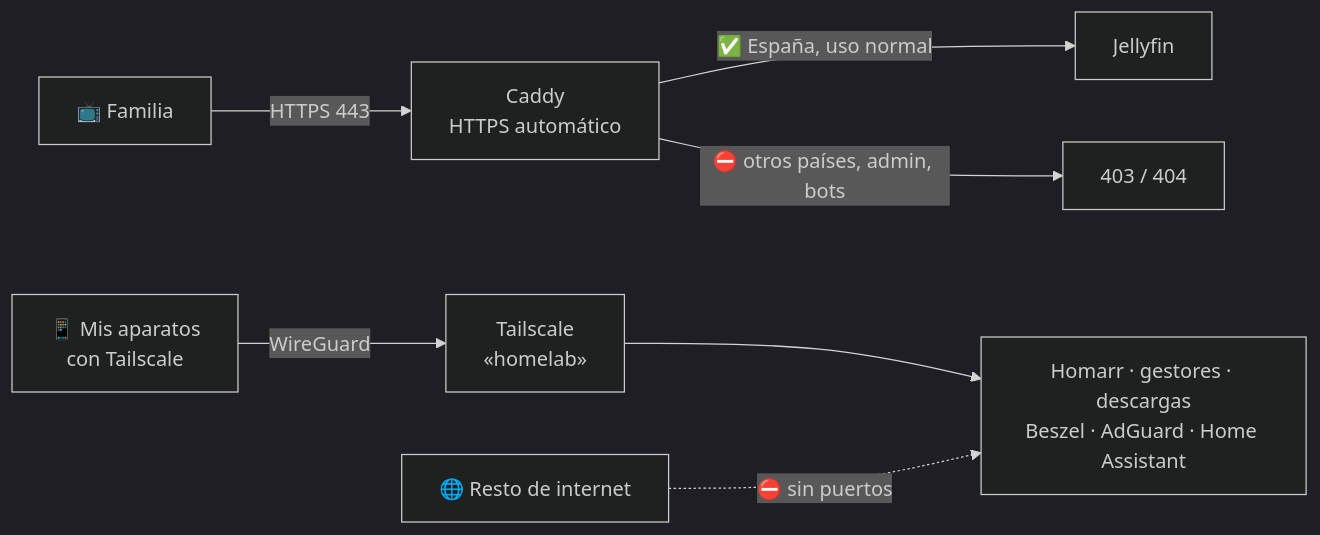
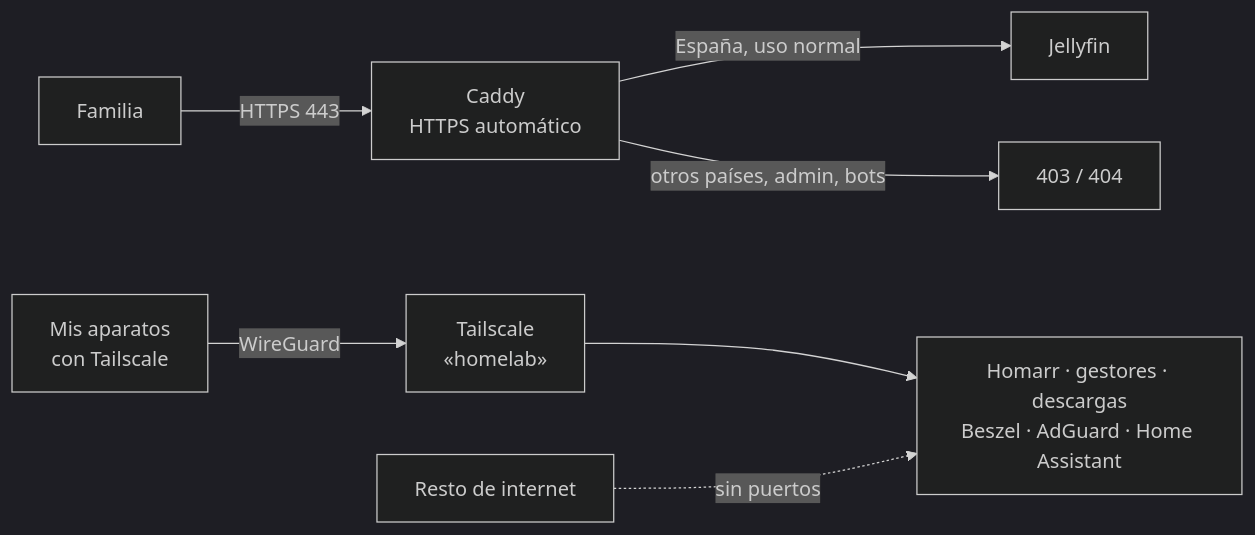
The third of 4 diagrams in README.md (m0uwastaken/homelab), drawn with Mermaid (dark theme) before and after one commit. The commit also changed other lines of this file and 8 other files, not shown here.

First line of the commit message:
Actualiza el diagrama de red con el switch y quita los emojis de los diagramas

````diff
--- a/README.md
+++ b/README.md
@@ -142,9 +146,9 @@
 ```mermaid
 flowchart LR
-    FAM["📺 Familia"] -->|"HTTPS 443"| CADDY["Caddy<br/>HTTPS automático"]
-    CADDY -->|"✅ España, uso normal"| JF["Jellyfin"]
-    CADDY -->|"⛔ otros países, admin, bots"| X1["403 / 404"]
-    YO["📱 Mis aparatos<br/>con Tailscale"] -->|"WireGuard"| TS["Tailscale<br/>«homelab»"]
+    FAM["Familia"] -->|"HTTPS 443"| CADDY["Caddy<br/>HTTPS automático"]
+    CADDY -->|"España, uso normal"| JF["Jellyfin"]
+    CADDY -->|"otros países, admin, bots"| X1["403 / 404"]
+    YO["Mis aparatos<br/>con Tailscale"] -->|"WireGuard"| TS["Tailscale<br/>«homelab»"]
     TS --> APPS["Homarr · gestores · descargas<br/>Beszel · AdGuard · Home Assistant"]
-    NET["🌐 Resto de internet"] -.->|"⛔ sin puertos"| APPS
+    NET["Resto de internet"] -.->|"sin puertos"| APPS
 ```
````
